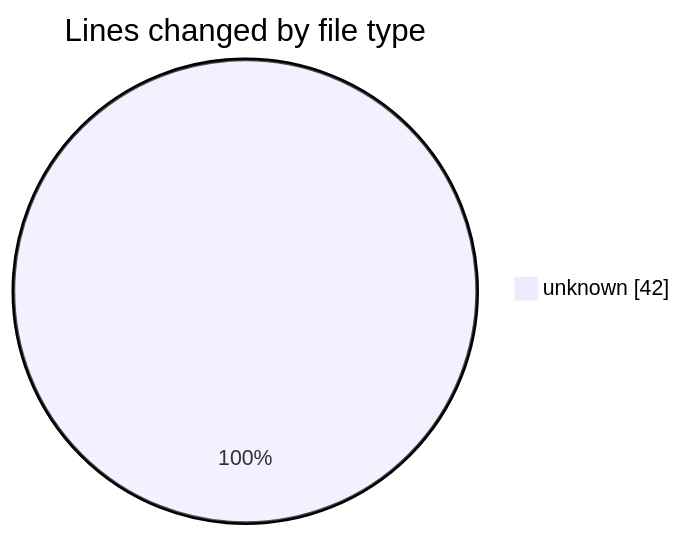
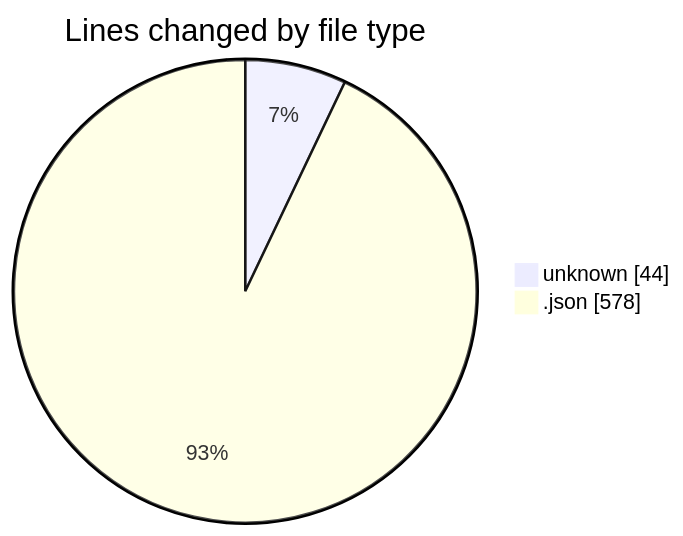
One commit to EIIisD/code-tracking changed the first of 2 diagrams in 2025-07-12/cursor-openrouter-proxy/README.md. Above: the diagram before and after it, drawn with Mermaid. The commit also changed other lines of this file and 1 other file, not shown here.

````diff
--- a/2025-07-12/cursor-openrouter-proxy/README.md
+++ b/2025-07-12/cursor-openrouter-proxy/README.md
@@ -20,5 +21,6 @@
 ```mermaid
 pie showData
 title Lines changed by file type
-"unknown" : 42
+"unknown" : 44
+".json" : 578
 ```
````
